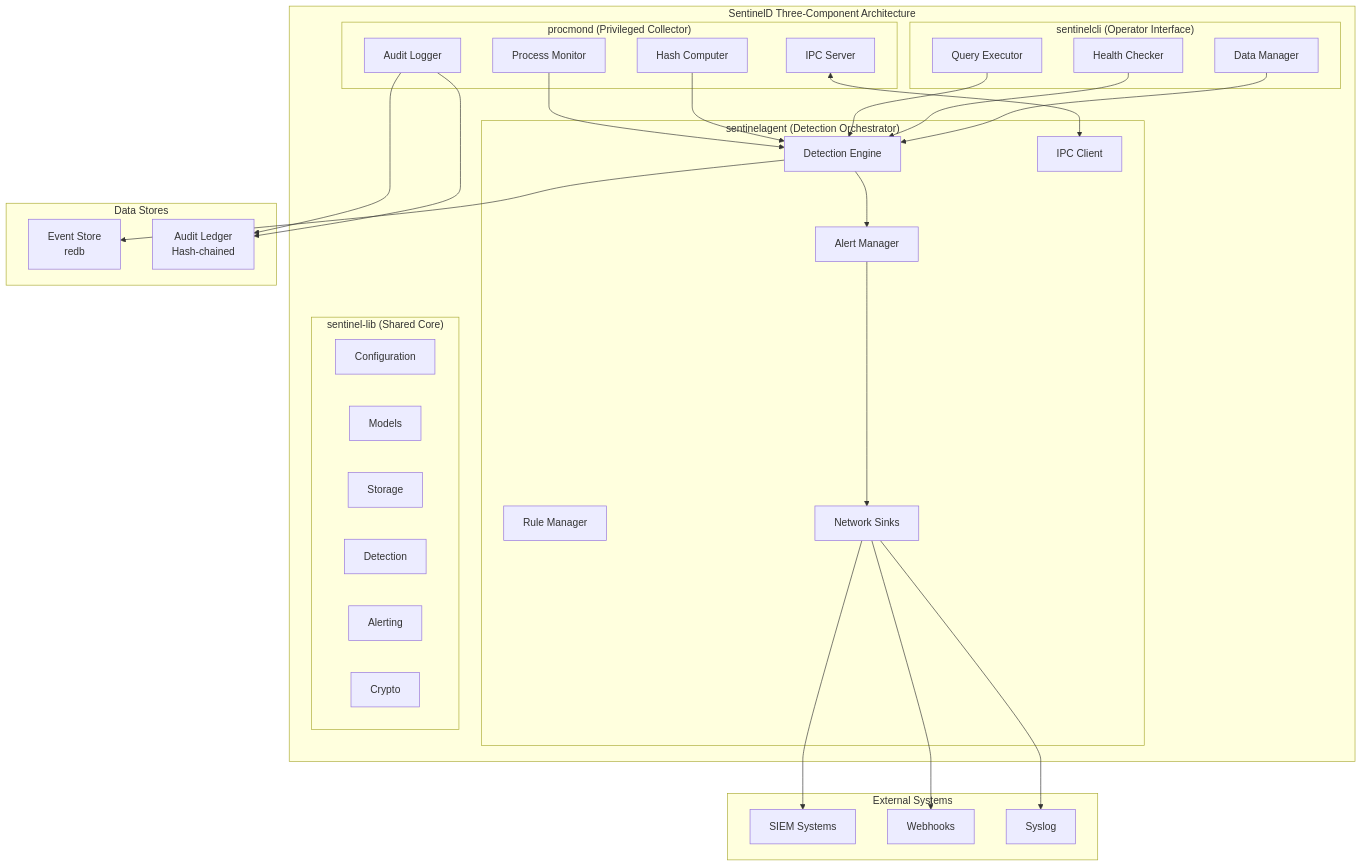
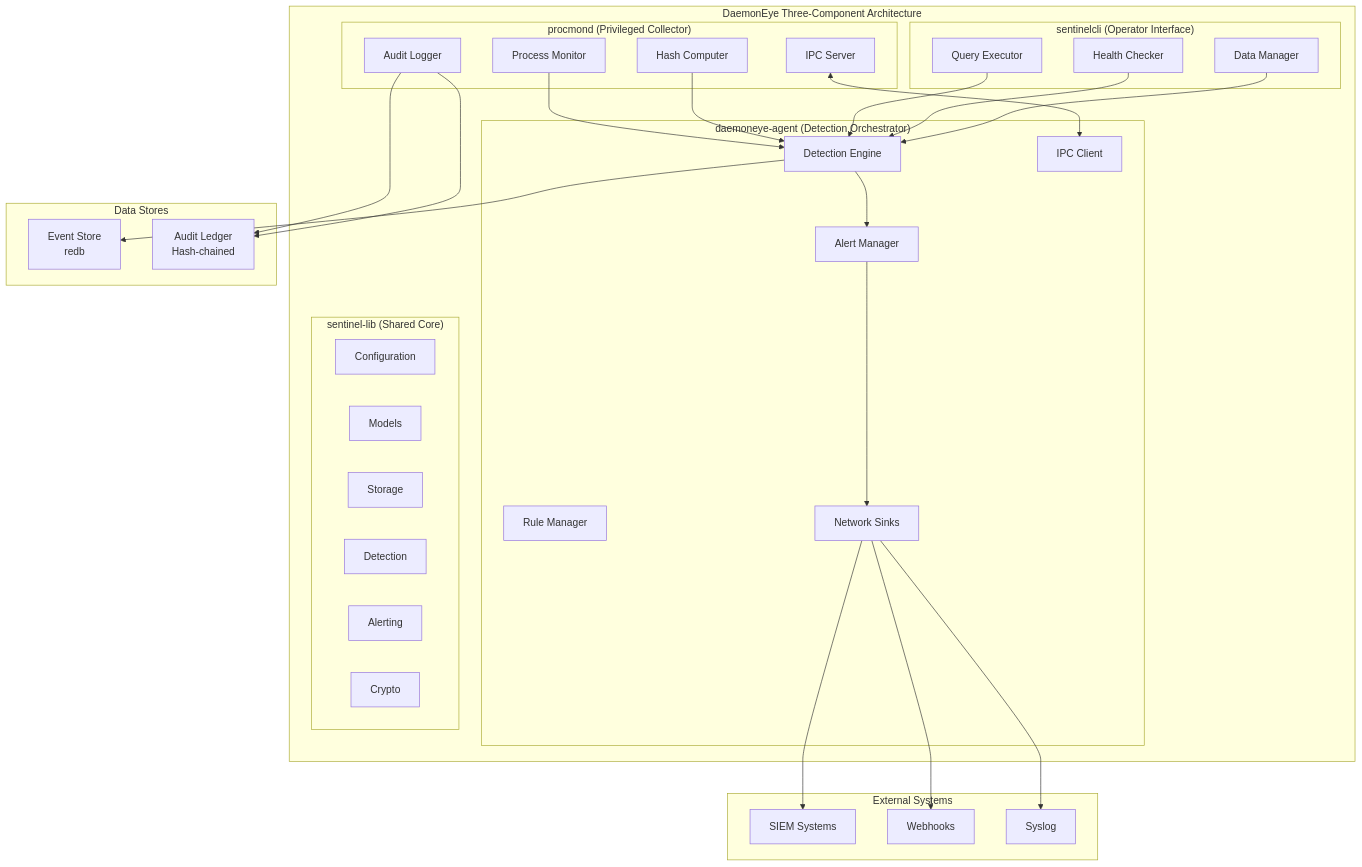
Before and after one commit to EvilBit-Labs/DaemonEye: the first of 4 diagrams in docs/src/architecture/system-architecture.md, drawn with Mermaid. The commit also changed other lines of this file and 31 other files, not shown here.

````diff
--- a/docs/src/architecture/system-architecture.md
+++ b/docs/src/architecture/system-architecture.md
@@ -9,60 +9,60 @@
 ```mermaid
 graph TB
-    subgraph "SentinelD Three-Component Architecture"
+    subgraph "DaemonEye Three-Component Architecture"
         subgraph "procmond (Privileged Collector)"
             PM[Process Monitor]
             HC[Hash Computer]
             AL[Audit Logger]
             IPC1[IPC Server]
         end
 
-        subgraph "sentinelagent (Detection Orchestrator)"
+        subgraph "daemoneye-agent (Detection Orchestrator)"
             DE[Detection Engine]
             AM[Alert Manager]
             RM[Rule Manager]
             IPC2[IPC Client]
             NS[Network Sinks]
         end
 
         subgraph "sentinelcli (Operator Interface)"
             QE[Query Executor]
             HC2[Health Checker]
             DM[Data Manager]
         end
 
         subgraph "sentinel-lib (Shared Core)"
             CFG[Configuration]
             MOD[Models]
             STO[Storage]
             DET[Detection]
             ALT[Alerting]
             CRY[Crypto]
         end
     end
 
     subgraph "Data Stores"
         ES[Event Store<br/>redb]
         AL2[Audit Ledger<br/>Hash-chained]
     end
 
     subgraph "External Systems"
         SIEM[SIEM Systems]
         WEBHOOK[Webhooks]
         SYSLOG[Syslog]
     end
 
     PM --> DE
     HC --> DE
     AL --> AL2
     IPC1 <--> IPC2
     DE --> AM
     AM --> NS
     NS --> SIEM
     NS --> WEBHOOK
     NS --> SYSLOG
     QE --> DE
     HC2 --> DE
     DM --> DE
     DE --> ES
     AL --> AL2
 ```
````
